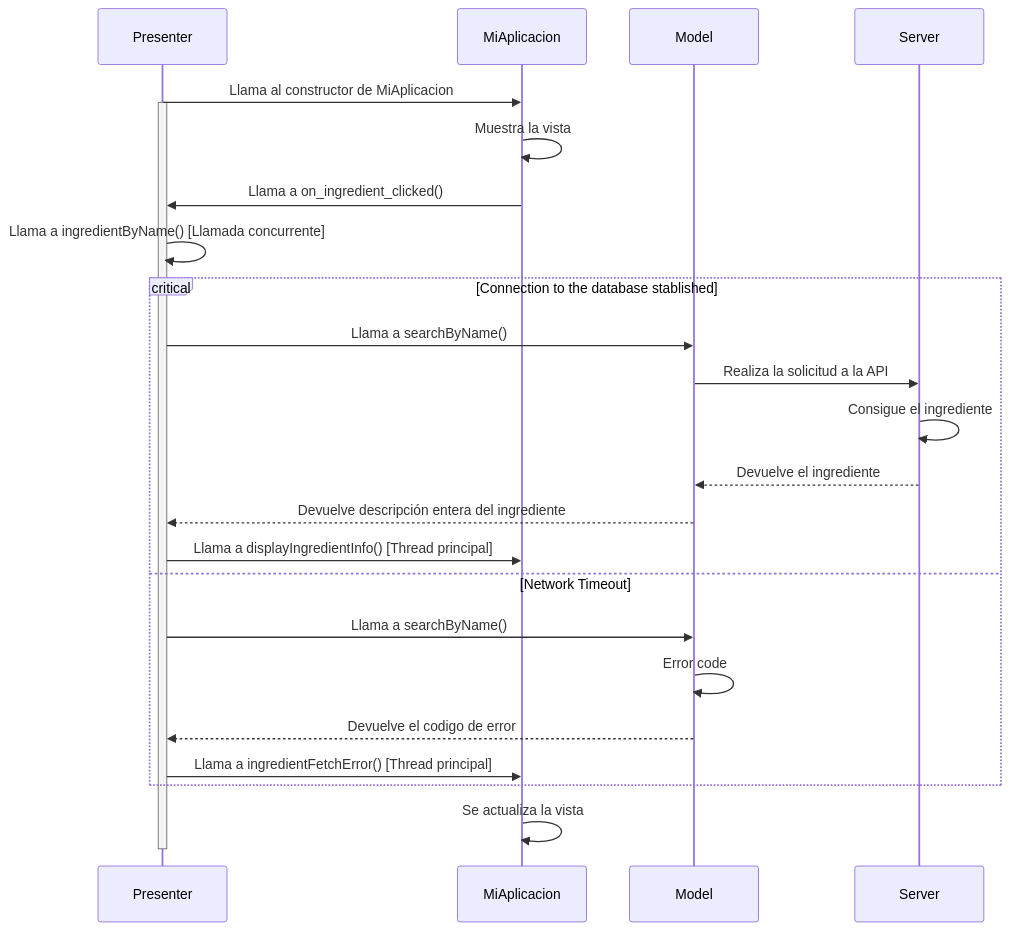
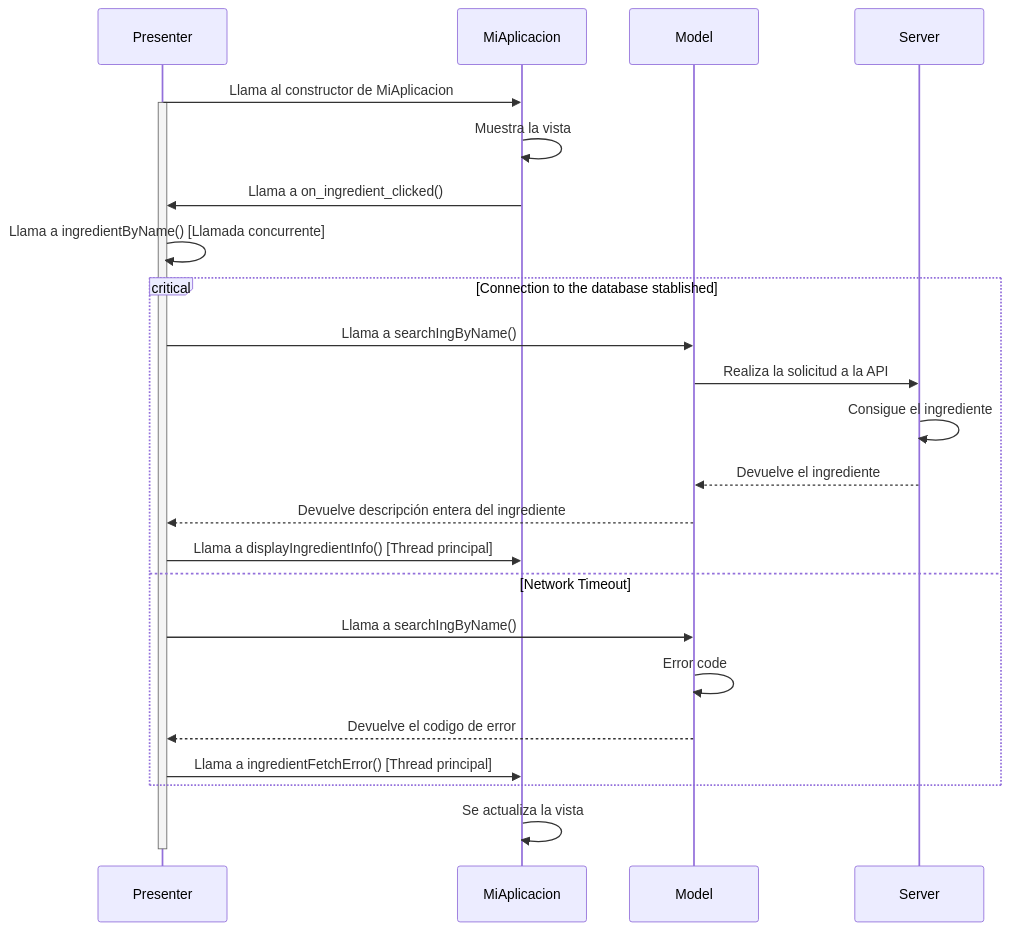
Before and after one commit to braisf03/IPM: the third of 7 diagrams in Desktop/diseño_sw.md, drawn with Mermaid. The commit also changed other lines of this file, not shown here.

````diff
--- a/Desktop/diseño_sw.md
+++ b/Desktop/diseño_sw.md
@@ -130,35 +130,35 @@
 ```mermaid
 sequenceDiagram
 
 #--------------Definiciones de actores--------------#
     participant Presenter as Presenter
     participant MiAplicacion as MiAplicacion
     participant Model as Model
     participant Server as Server
 
 #--------------Inicio de la aplicación--------------#
     Presenter->>MiAplicacion: Llama al constructor de MiAplicacion
     activate Presenter
     MiAplicacion->>MiAplicacion: Muestra la vista
     MiAplicacion->>Presenter: Llama a on_ingredient_clicked()
     Presenter->>Presenter: Llama a ingredientByName() [Llamada concurrente]
 
 #-------------Accesos a la base de datos------------#
     critical Connection to the database stablished
-        Presenter ->> Model : Llama a searchByName()
+        Presenter ->> Model : Llama a searchIngByName()
         Model->>Server: Realiza la solicitud a la API
         Server->>Server: Consigue el ingrediente
         Server-->>Model: Devuelve el ingrediente
         Model-->>Presenter: Devuelve descripción entera del ingrediente
         Presenter->>MiAplicacion: Llama a displayIngredientInfo() [Thread principal]
     option Network Timeout
-            Presenter ->> Model : Llama a searchByName()
+            Presenter ->> Model : Llama a searchIngByName()
             Model->>Model: Error code
             Model-->>Presenter: Devuelve el codigo de error
             Presenter->>MiAplicacion: Llama a ingredientFetchError() [Thread principal]
     end
    
     MiAplicacion->> MiAplicacion : Se actualiza la vista
     deactivate Presenter
 
 ```
````
